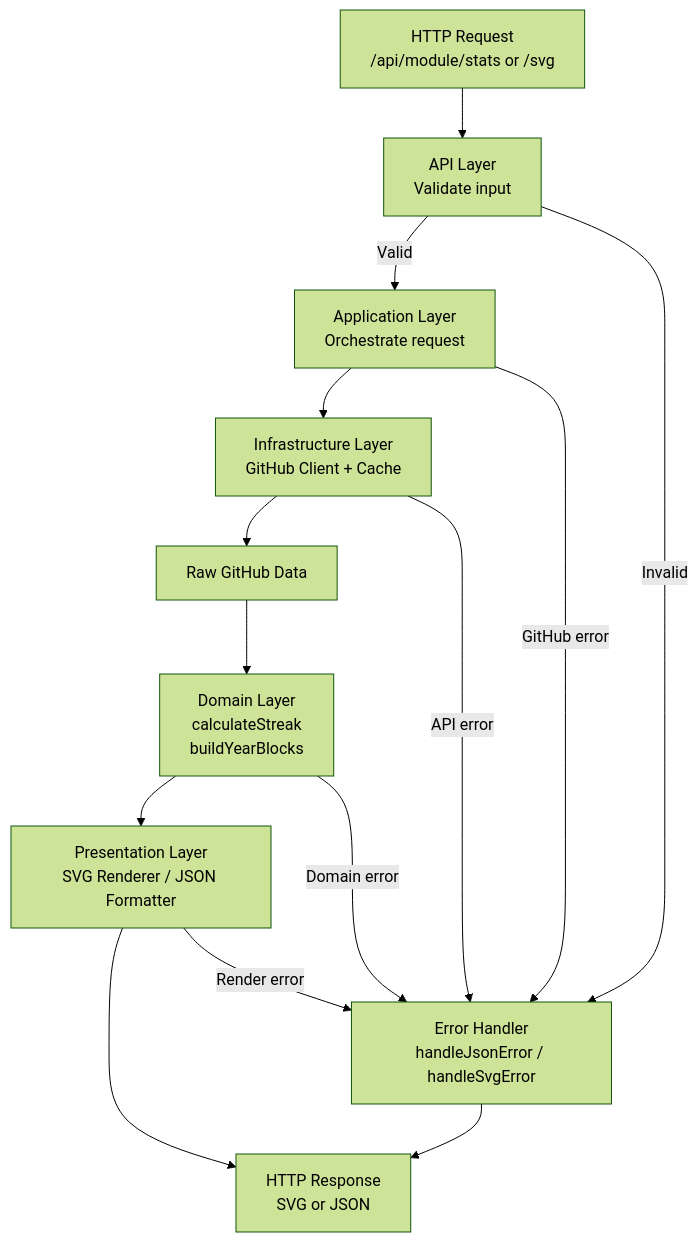
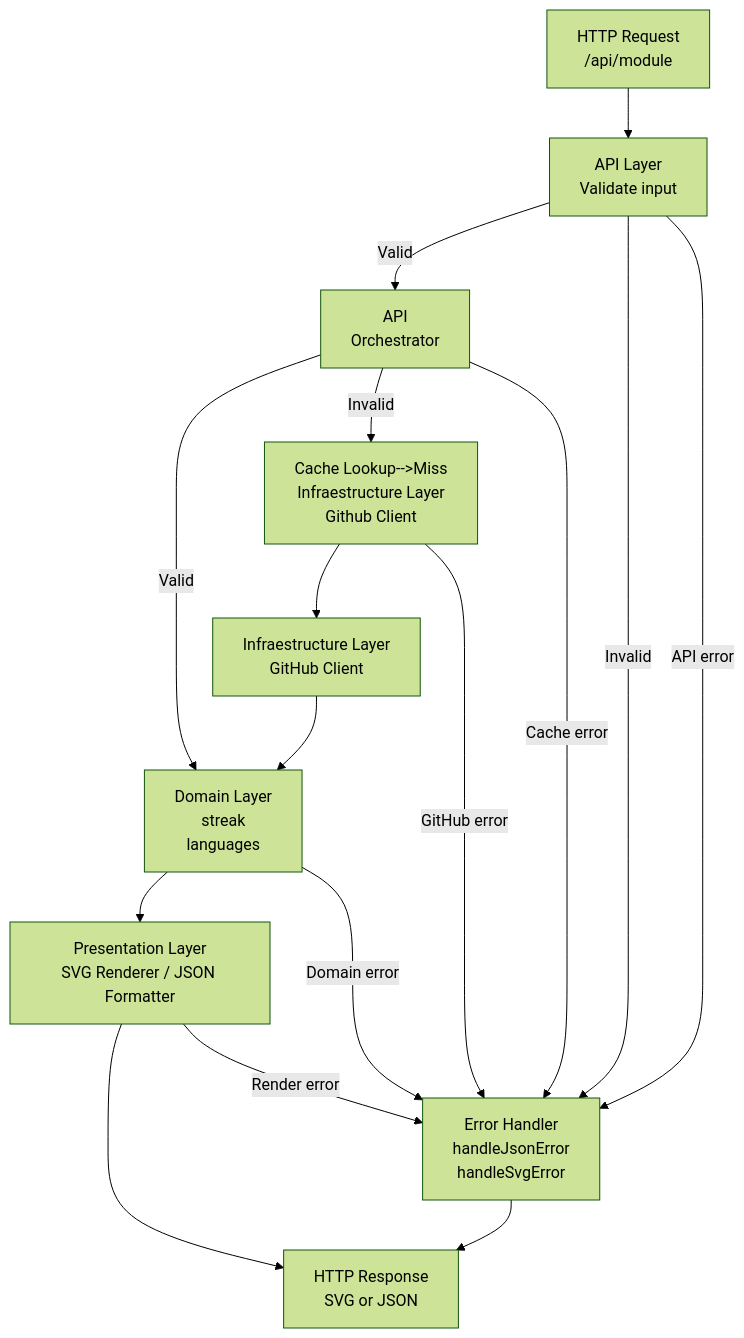
One commit to FlavioKde/github-streak-stats-api changed the second of 2 diagrams in docs/architecture.md. Above: the diagram before and after it, drawn with Mermaid (forest theme). The commit also changed other lines of this file, not shown here.

Commit message:
docs: update architecture.md adapted to module architecture

````diff
--- a/docs/architecture.md
+++ b/docs/architecture.md
@@ -343,33 +367,38 @@
 ```mermaid
 
 flowchart TD
 
     %% Entrada
-    A["HTTP Request<br/>/api/module/stats or /svg"] --> B["API Layer<br/>Validate input"]
+    A["HTTP Request<br/>/api/module"] --> B["API Layer<br/>Validate input"]
 
     %% Validación
-    B -->|Valid| C["Application Layer<br/>Orchestrate request"]
-    B -->|Invalid| Z["Error Handler<br/>handleJsonError / handleSvgError"]
+    B -->|Valid| C["API<br/>Orchestrator"]
+    B -->|Invalid| Z["Error Handler<br/>handleJsonError</br>handleSvgError"]
+
+    %% Cache
+
+    C -->|Valid| F["Cache Lookup-->Hit<br/>Domain Layer<br/>streak<br/>languages"]
+    C -->|Invalid| D["Cache Lookup-->Miss<br/>Infraestructure Layer<br/>Github Client"]
 
     %% GitHub
-    C --> D["Infrastructure Layer<br/>GitHub Client + Cache"]
-    D --> E["Raw GitHub Data"]
+    D --> E["Infraestructure Layer<br/>GitHub Client"]
 
     %% Dominio
-    E --> F["Domain Layer<br/>calculateStreak<br/>buildYearBlocks"]
+    E --> F["Domain Layer<br/>streak<br/>languages"]
 
     %% Presentación
     F --> G["Presentation Layer<br/>SVG Renderer / JSON Formatter"]
 
     %% Salida
     G --> H["HTTP Response<br/>SVG or JSON"]
 
     %% Error flow
-    C -->|GitHub error| Z
-    D -->|API error| Z
+    B -->|API error| Z
+    C -->|Cache error| Z
+    D -->|GitHub error| Z
     F -->|Domain error| Z
     G -->|Render error| Z
 
     Z --> H
 
 ```
````
